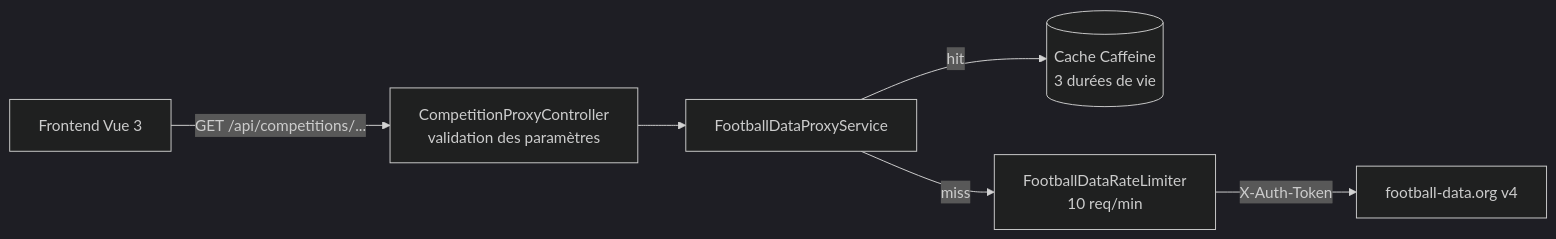
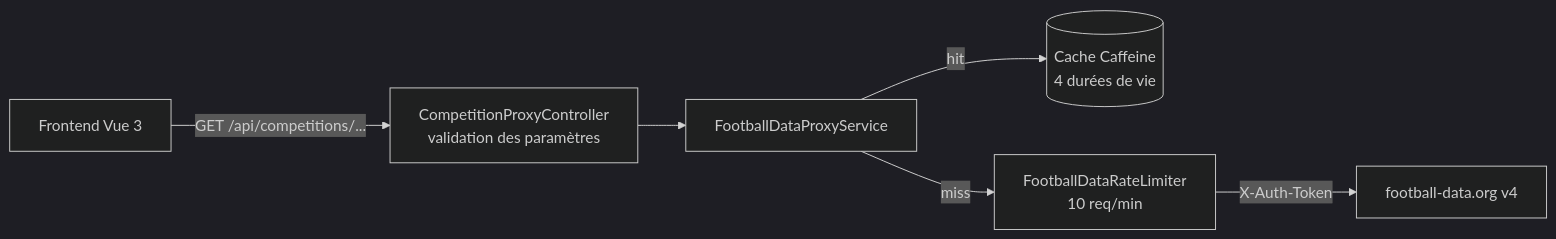
The diagram in README.md (foucouthibault/Dashboard-foot-backend), drawn with Mermaid (dark theme) before and after one commit. The commit also changed other lines of this file and 10 other files, not shown here.

````diff
--- a/README.md
+++ b/README.md
@@ -14,8 +14,8 @@
 ```mermaid
 flowchart LR
     F["Frontend Vue 3"] -- "GET /api/competitions/..." --> C["CompetitionProxyController<br/>validation des paramètres"]
     C --> S["FootballDataProxyService"]
-    S -- "hit" --> K[("Cache Caffeine<br/>3 durées de vie")]
+    S -- "hit" --> K[("Cache Caffeine<br/>4 durées de vie")]
     S -- "miss" --> R["FootballDataRateLimiter<br/>10 req/min"]
     R -- "X-Auth-Token" --> API["football-data.org v4"]
 ```
````
